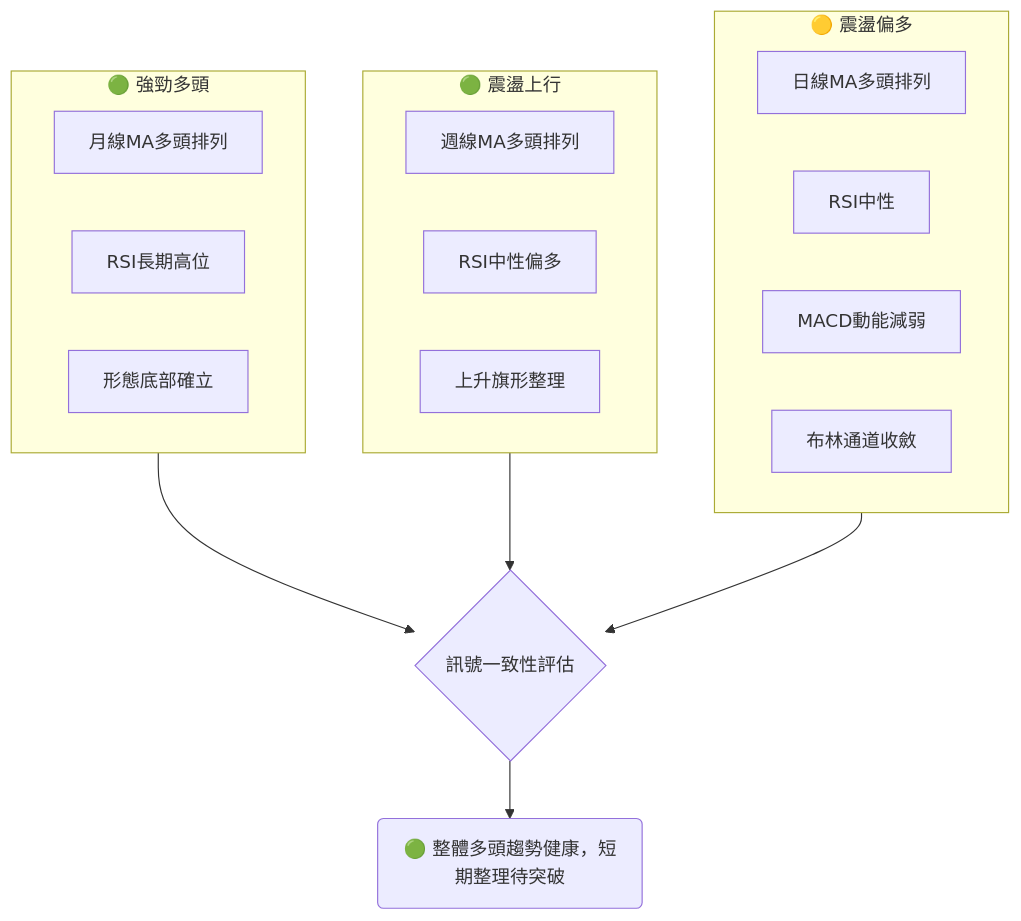
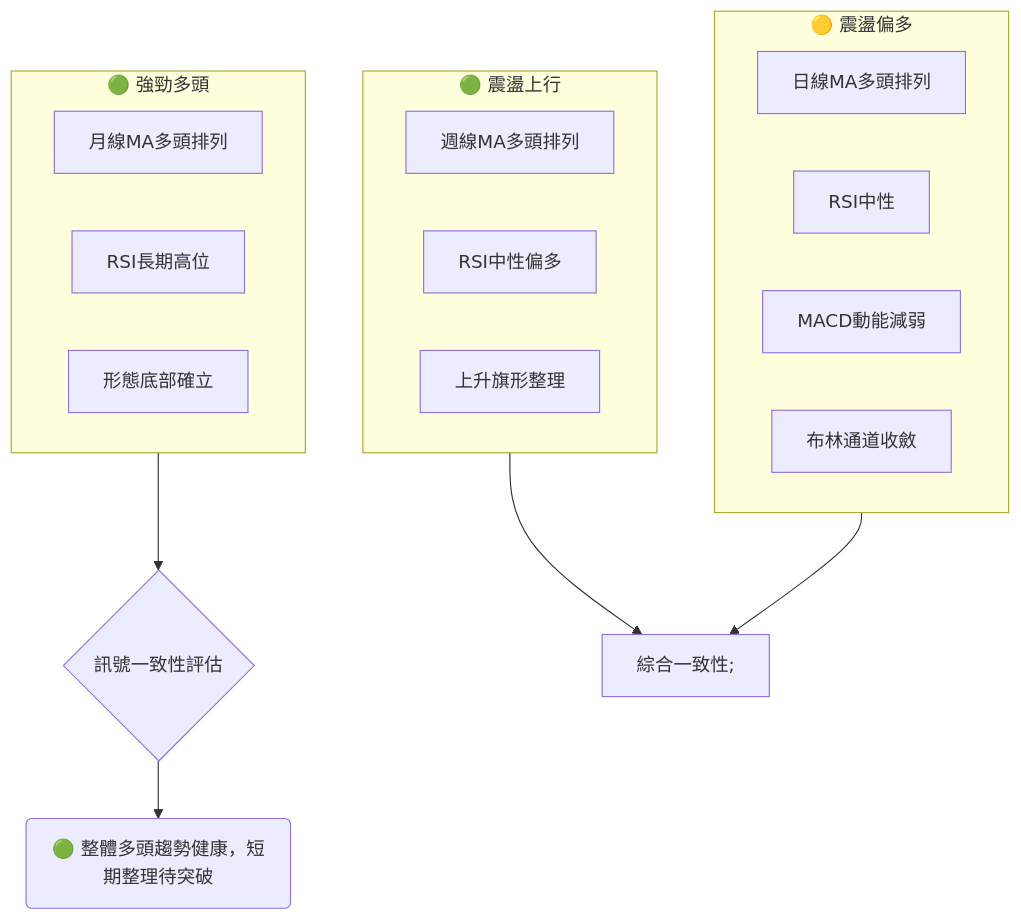
Before and after one commit to yennanliu/finance_data: the tenth of 12 diagrams in ai_gen_report/stock/0050/technical_analysis_2026-06-28_gemini.md, drawn with Mermaid. The commit also changed other lines of this file and 2258 other files, not shown here.

First line of the commit message:
chore: backfill Mermaid syntax repair across existing reports

````diff
--- a/ai_gen_report/stock/0050/technical_analysis_2026-06-28_gemini.md
+++ b/ai_gen_report/stock/0050/technical_analysis_2026-06-28_gemini.md
@@ -666,27 +666,27 @@
 ```mermaid
 graph TD
-    subgraph 長期趨勢 [🟢 強勁多頭]
-        LT1[月線MA多頭排列]
-        LT2[RSI長期高位]
-        LT3[形態底部確立]
+    subgraph 長期趨勢 ["🟢 強勁多頭"]
+        LT1["月線MA多頭排列"]
+        LT2["RSI長期高位"]
+        LT3["形態底部確立"]
     end
 
-    subgraph 中期趨勢 [🟢 震盪上行]
-        MT1[週線MA多頭排列]
-        MT2[RSI中性偏多]
-        MT3[上升旗形整理]
+    subgraph 中期趨勢 ["🟢 震盪上行"]
+        MT1["週線MA多頭排列"]
+        MT2["RSI中性偏多"]
+        MT3["上升旗形整理"]
     end
 
-    subgraph 短期趨勢 [🟡 震盪偏多]
-        ST1[日線MA多頭排列]
-        ST2[RSI中性]
-        ST3[MACD動能減弱]
-        ST4[布林通道收斂]
+    subgraph 短期趨勢 ["🟡 震盪偏多"]
+        ST1["日線MA多頭排列"]
+        ST2["RSI中性"]
+        ST3["MACD動能減弱"]
+        ST4["布林通道收斂"]
     end
 
-    長期趨勢 --> 綜合一致性{訊號一致性評估};
-    中期趨勢 --> 綜合一致性;
-    短期趨勢 --> 綜合一致性;
+    長期趨勢 --> 綜合一致性{"訊號一致性評估"};
+    中期趨勢 --> nb1["綜合一致性;"]
+    短期趨勢 --> nb1["綜合一致性;"]
 
-    綜合一致性 --> 結論(🟢 整體多頭趨勢健康，短期整理待突破);
+    綜合一致性 --> 結論("🟢 整體多頭趨勢健康，短期整理待突破");
 ```
````
